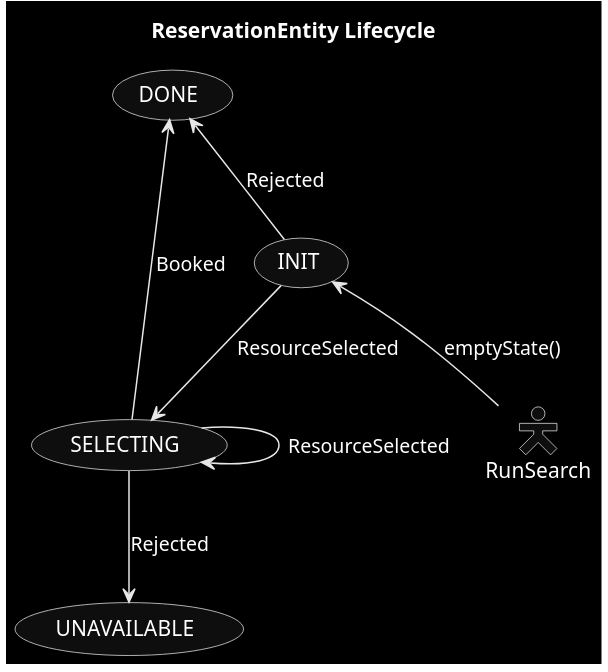
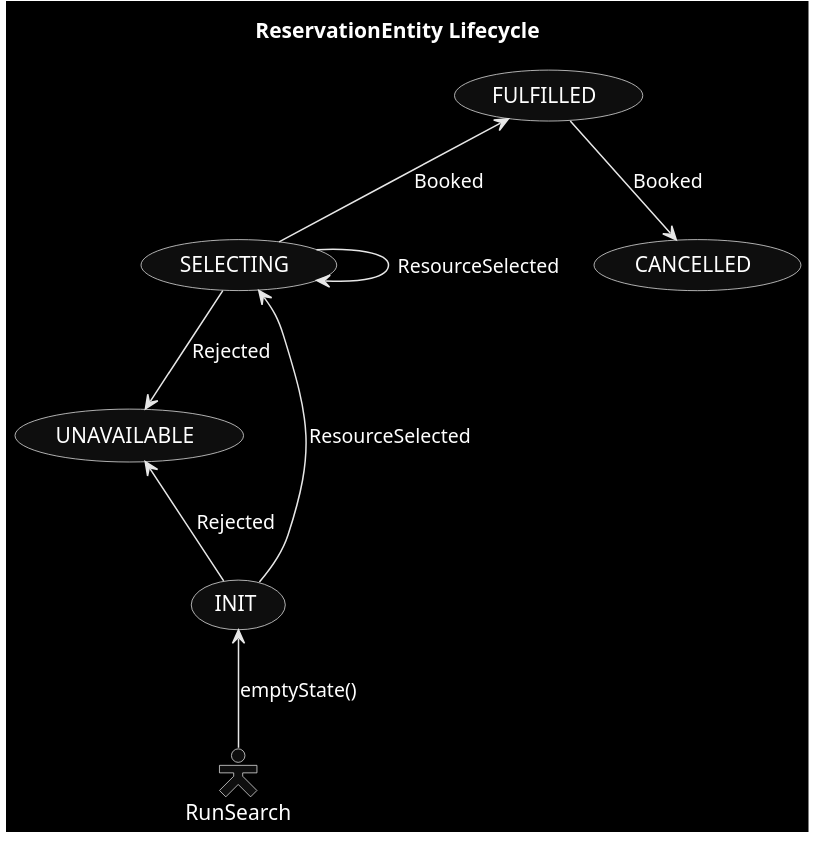
Before and after one commit to max8github/rez: the diagram in facility/docs/fsm.puml, drawn with PlantUML. The commit also changed 9 other files, not shown here.

```diff
--- a/facility/docs/fsm.puml
+++ b/facility/docs/fsm.puml
@@ -1,12 +1,13 @@
 @startuml
 skinparam monochrome reverse
 skinparam actorStyle hollow
 
 title ReservationEntity Lifecycle
 RunSearch -up-> (INIT): emptyState()
 (INIT) --> (SELECTING): ResourceSelected
 (SELECTING) --> (SELECTING): ResourceSelected
-(DONE) <-down- (INIT): Rejected
-(DONE) <-- (SELECTING): Booked
+(UNAVAILABLE) <-down- (INIT): Rejected
+(FULFILLED) <-- (SELECTING): Booked
 (UNAVAILABLE) <-up- (SELECTING): Rejected
+(FULFILLED) --> (CANCELLED): Booked
 @enduml
```
